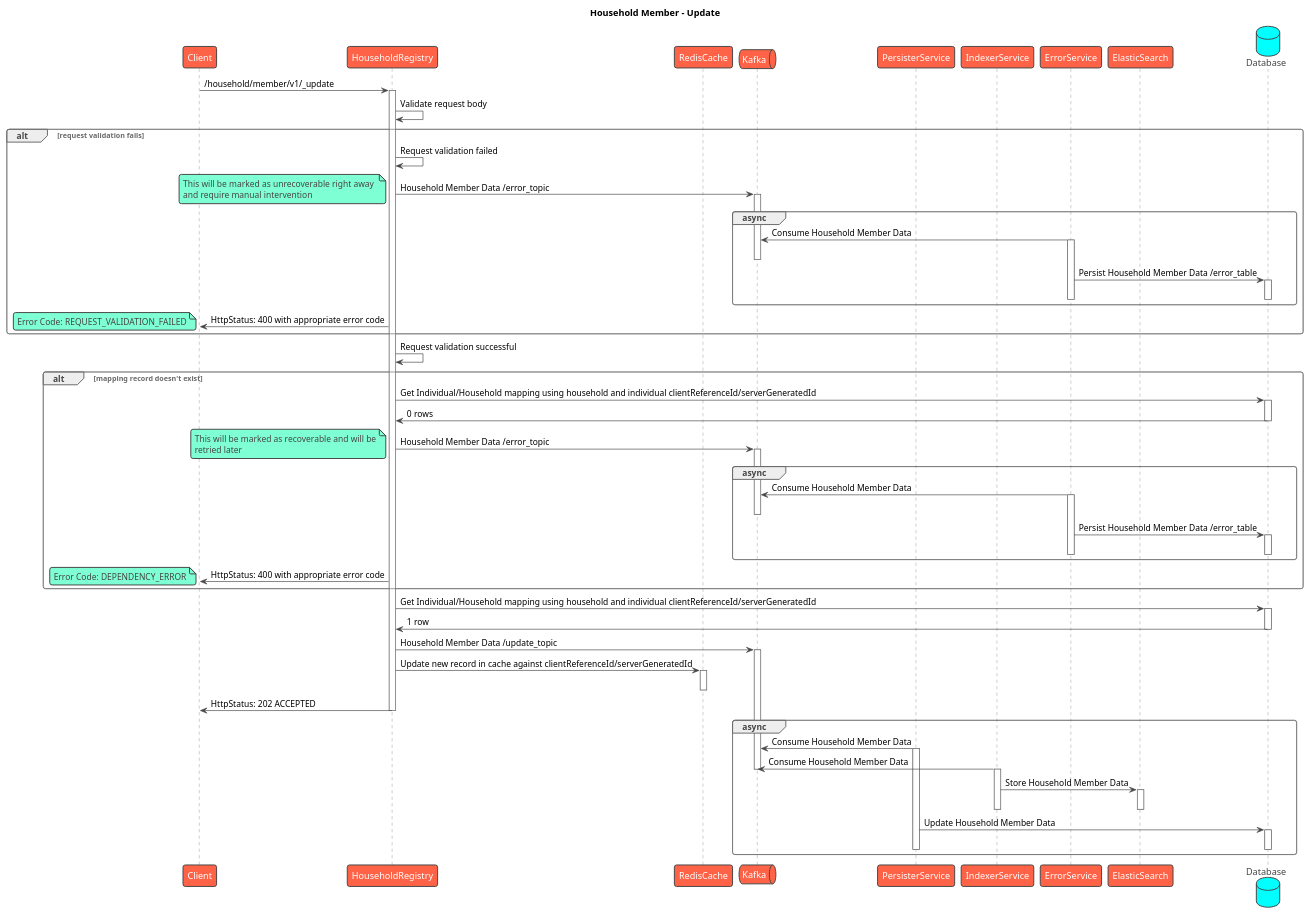
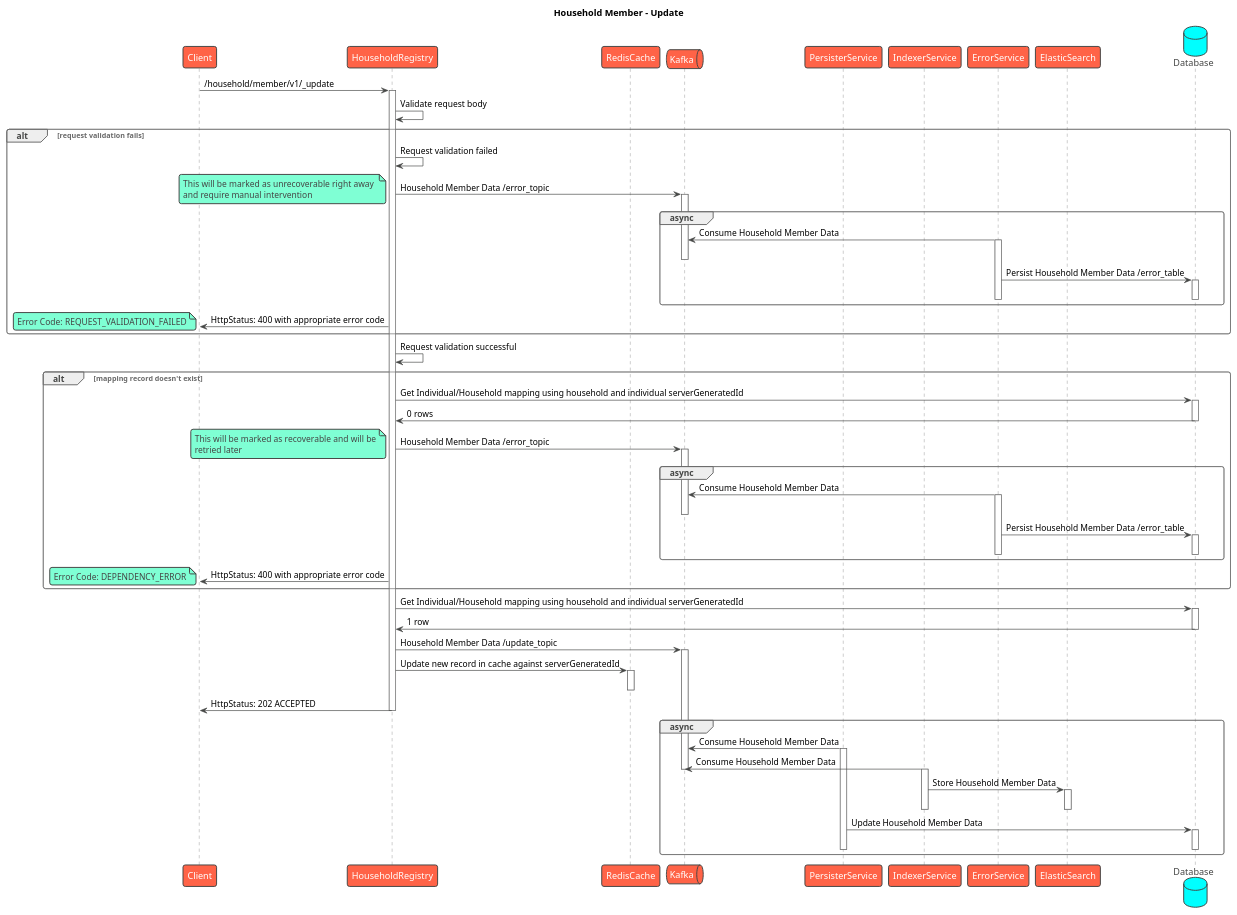
One commit to egovernments/health-api-specs changed the diagram in contracts/registries/household/member/sequence/update.puml. Above: the diagram before and after it, drawn with PlantUML. The commit also changed 2 other files, not shown here.

Commit message:
Sequence: Removed clientReferenceId
- Client will now pick up server generatedId from the response

```diff
--- a/contracts/registries/household/member/sequence/update.puml
+++ b/contracts/registries/household/member/sequence/update.puml
@@ -1,90 +1,90 @@
 @startuml
 title Household Member - Update
 !theme vibrant
 participant Client as c
 participant HouseholdRegistry as s
 participant RedisCache as rc
 queue Kafka as k
 participant PersisterService as prs
 participant IndexerService as idx
 participant ErrorService as es
 participant ElasticSearch as el
 database Database as db
 c -> s : /household/member/v1/_update
 activate s
 s -> s: Validate request body
 alt request validation fails
     s -> s: Request validation failed
     s -> k: Household Member Data /error_topic
     note left
         This will be marked as unrecoverable right away 
         and require manual intervention
     end note
     activate k
     group async
         es -> k: Consume Household Member Data
         activate es
         deactivate k
         es -> db: Persist Household Member Data /error_table
         activate db
         deactivate db
         deactivate es
     end
     s -> c: HttpStatus: 400 with appropriate error code
     note left
         Error Code: REQUEST_VALIDATION_FAILED
     end note
 end
 s -> s: Request validation successful
 alt mapping record doesn't exist
-  s -> db: Get Individual/Household mapping using household and individual clientReferenceId/serverGeneratedId
+  s -> db: Get Individual/Household mapping using household and individual serverGeneratedId
   activate db
   db -> s: 0 rows
   deactivate db
   s -> k: Household Member Data /error_topic
   note left
       This will be marked as recoverable and will be
       retried later
   end note
   activate k
   group async
       es -> k: Consume Household Member Data
       activate es
       deactivate k
       es -> db: Persist Household Member Data /error_table
       activate db
       deactivate db
       deactivate es
   end
   s -> c: HttpStatus: 400 with appropriate error code
   note left
       Error Code: DEPENDENCY_ERROR
   end note
 end
-s -> db: Get Individual/Household mapping using household and individual clientReferenceId/serverGeneratedId
+s -> db: Get Individual/Household mapping using household and individual serverGeneratedId
 activate db
 db -> s: 1 row
 deactivate db
 s -> k: Household Member Data /update_topic
 activate k
-s -> rc: Update new record in cache against clientReferenceId/serverGeneratedId
+s -> rc: Update new record in cache against serverGeneratedId
 activate rc
 deactivate rc
 s -> c: HttpStatus: 202 ACCEPTED
 deactivate s
 group async
     prs -> k: Consume Household Member Data
     activate prs
     idx -> k: Consume Household Member Data
     deactivate k
     activate idx
     idx -> el: Store Household Member Data
     activate el
     deactivate el
     deactivate idx
     prs -> db: Update Household Member Data
     activate db
     deactivate db
     deactivate prs
 end
 @enduml
```
